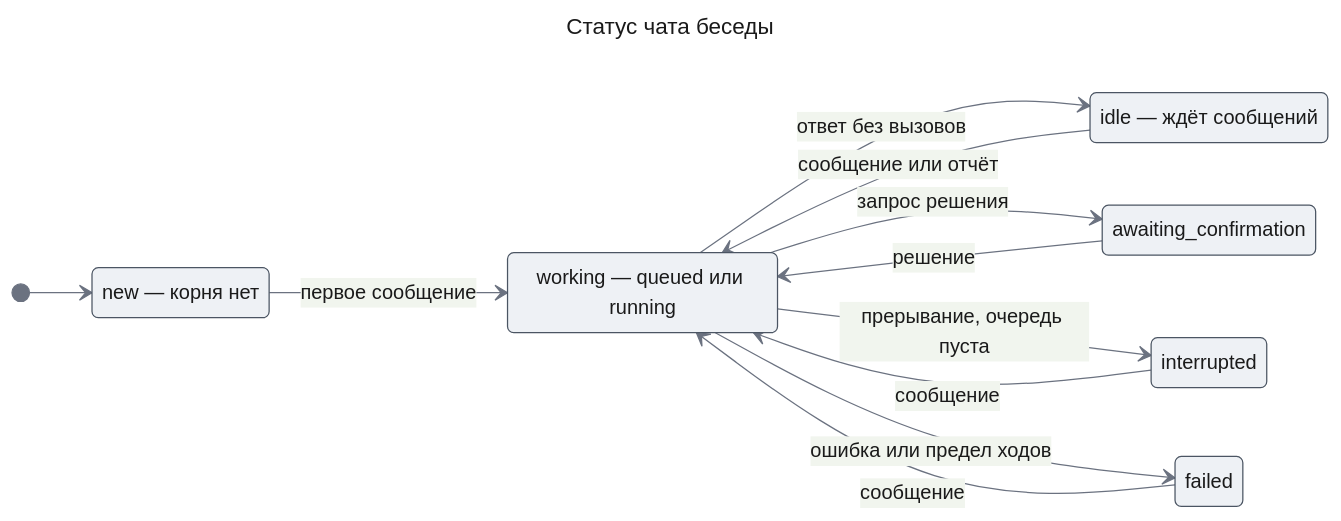
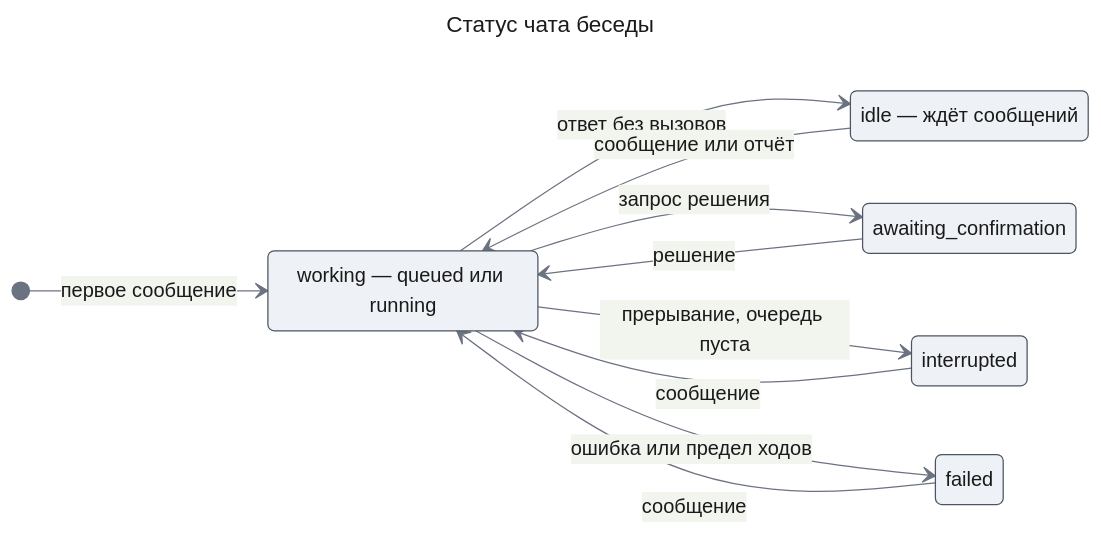
One commit to tundraray/agent-os changed the tenth of 10 diagrams in docs/features/agent-platform/design-chat.md. Above: the diagram before and after it, drawn with Mermaid. The commit also changed other lines of this file and 420 other files, not shown here.

````diff
--- a/docs/features/agent-platform/design-chat.md
+++ b/docs/features/agent-platform/design-chat.md
@@ -778,31 +799,29 @@
 ```mermaid
 ---
 title: "Статус чата беседы"
 config:
   theme: base
   look: classic
   themeVariables:
     primaryColor: "#eef1f5"
     primaryBorderColor: "#4b5563"
     primaryTextColor: "#1a1a1a"
     lineColor: "#6b7280"
 ---
 stateDiagram-v2
     direction LR
-    state "new — корня нет" as nw
     state "working — queued или running" as wk
     state "idle — ждёт сообщений" as id
     state "awaiting_confirmation" as aw
     state "interrupted" as ir
     state "failed" as fl
-    [*] --> nw
-    nw --> wk: первое сообщение
+    [*] --> wk: первое сообщение
     wk --> id: ответ без вызовов
     id --> wk: сообщение или отчёт
     wk --> aw: запрос решения
     aw --> wk: решение
     wk --> ir: прерывание, очередь пуста
     ir --> wk: сообщение
     wk --> fl: ошибка или предел ходов
     fl --> wk: сообщение
 ```
````
